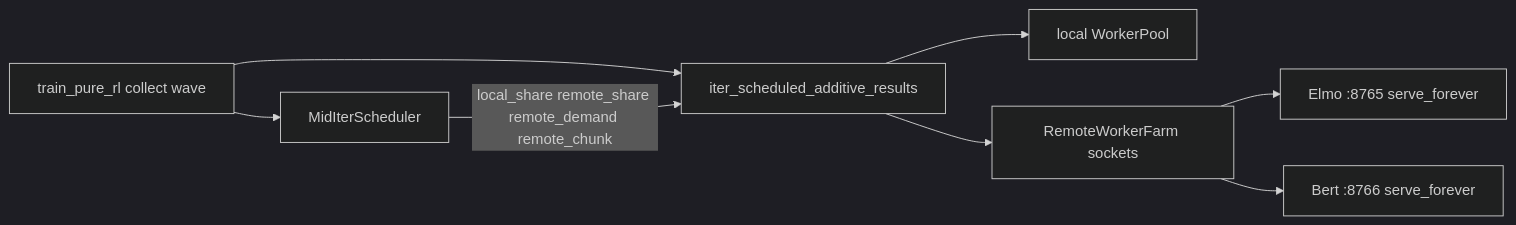
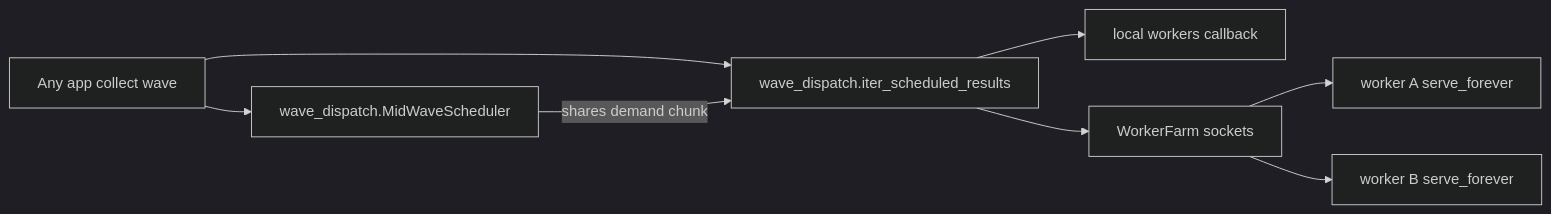
One commit to tim-inzitari/poke-bot-agent changed the diagram in docs/REMOTE_JOB_SCHEDULER_EXTRACTION.md. Above: the diagram before and after it, drawn with Mermaid (dark theme). The commit also changed other lines of this file, not shown here.

First line of the commit message:
Clarify wave_dispatch plan as a separate installable library

````diff
--- a/docs/REMOTE_JOB_SCHEDULER_EXTRACTION.md
+++ b/docs/REMOTE_JOB_SCHEDULER_EXTRACTION.md
@@ -36,18 +70,18 @@
 ```mermaid
 flowchart LR
-  trainer["train_pure_rl collect wave"]
-  mid["MidIterScheduler"]
-  schedIter["iter_scheduled_additive_results"]
-  local["local WorkerPool"]
-  farm["RemoteWorkerFarm sockets"]
-  elmo["Elmo :8765 serve_forever"]
-  bert["Bert :8766 serve_forever"]
+  app["Any app collect wave"]
+  libSched["wave_dispatch.MidWaveScheduler"]
+  libCollect["wave_dispatch.iter_scheduled_results"]
+  local["local workers callback"]
+  farm["WorkerFarm sockets"]
+  wA["worker A serve_forever"]
+  wB["worker B serve_forever"]
 
-  trainer --> mid
-  trainer --> schedIter
-  mid -->|"local_share remote_share remote_demand remote_chunk"| schedIter
-  schedIter --> local
-  schedIter --> farm
-  farm --> elmo
-  farm --> bert
+  app --> libSched
+  app --> libCollect
+  libSched -->|"shares demand chunk"| libCollect
+  libCollect --> local
+  libCollect --> farm
+  farm --> wA
+  farm --> wB
 ```
````
